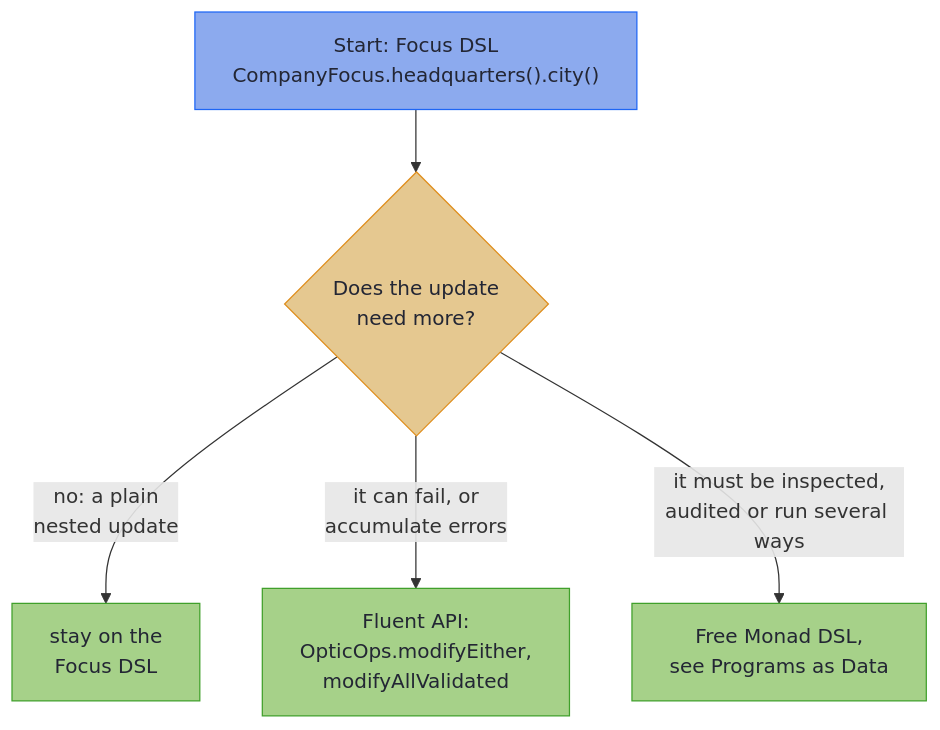
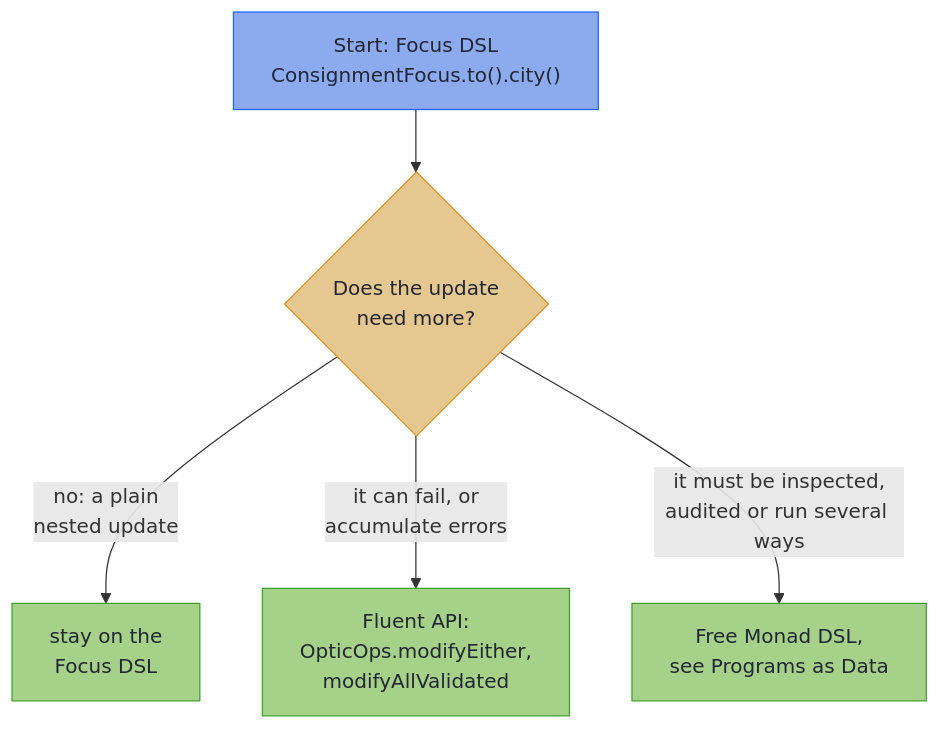
Before and after one commit to higher-kinded-j/higher-kinded-j.github.io: the second of 4 diagrams in latest/optics/decision_trees.md, drawn with Mermaid. The commit also changed 383 other files, not shown here.

````diff
--- a/latest/optics/decision_trees.md
+++ b/latest/optics/decision_trees.md
@@ -57,16 +57,16 @@
 ```mermaid
 flowchart TD
     accTitle: Which API style?
     accDescr: Start on the Focus DSL and stay there for a plain nested update. An update that can fail or accumulate errors moves to the Fluent API's OpticOps. One that must be inspected, audited or run several ways moves to the Free Monad DSL.
-    S["Start: Focus DSL<br/>CompanyFocus.headquarters().city()"] --> Q{"Does the update<br/>need more?"}
+    S["Start: Focus DSL<br/>ConsignmentFocus.to().city()"] --> Q{"Does the update<br/>need more?"}
     Q -->|"no: a plain<br/>nested update"| S2["stay on the<br/>Focus DSL"]
     Q -->|"it can fail, or<br/>accumulate errors"| FA["Fluent API:<br/>OpticOps.modifyEither,<br/>modifyAllValidated"]
     Q -->|"it must be inspected,<br/>audited or run several ways"| FM["Free Monad DSL,<br/>see Programs as Data"]
 
     classDef decision fill:#e5c890,stroke:#df8e1d,color:#232634
     classDef tier fill:#a6d189,stroke:#40a02b,color:#232634
     classDef wire fill:#8caaee,stroke:#1e66f5,color:#232634
     class Q decision
     class S2,FA,FM tier
     class S wire
 ```
````
